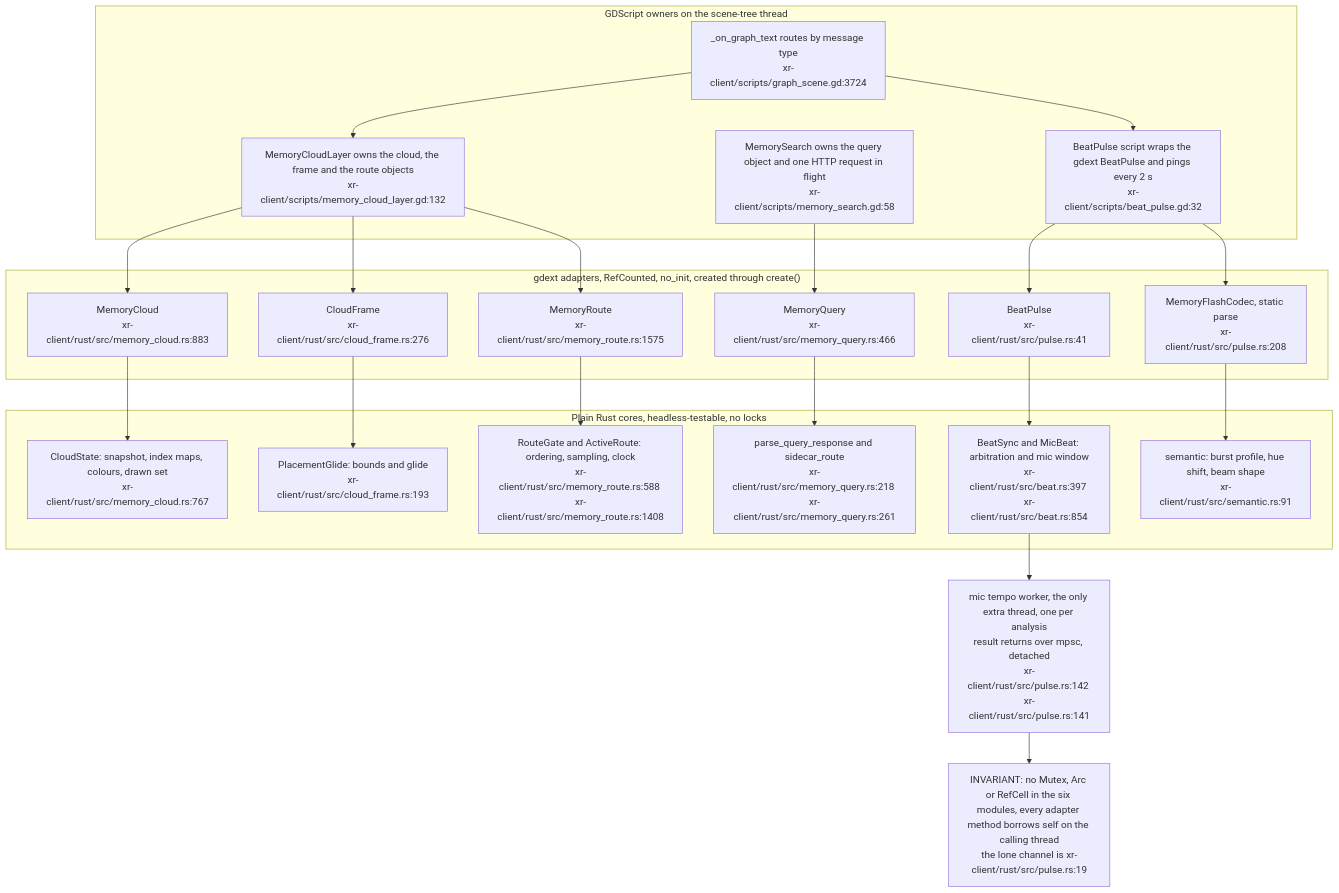
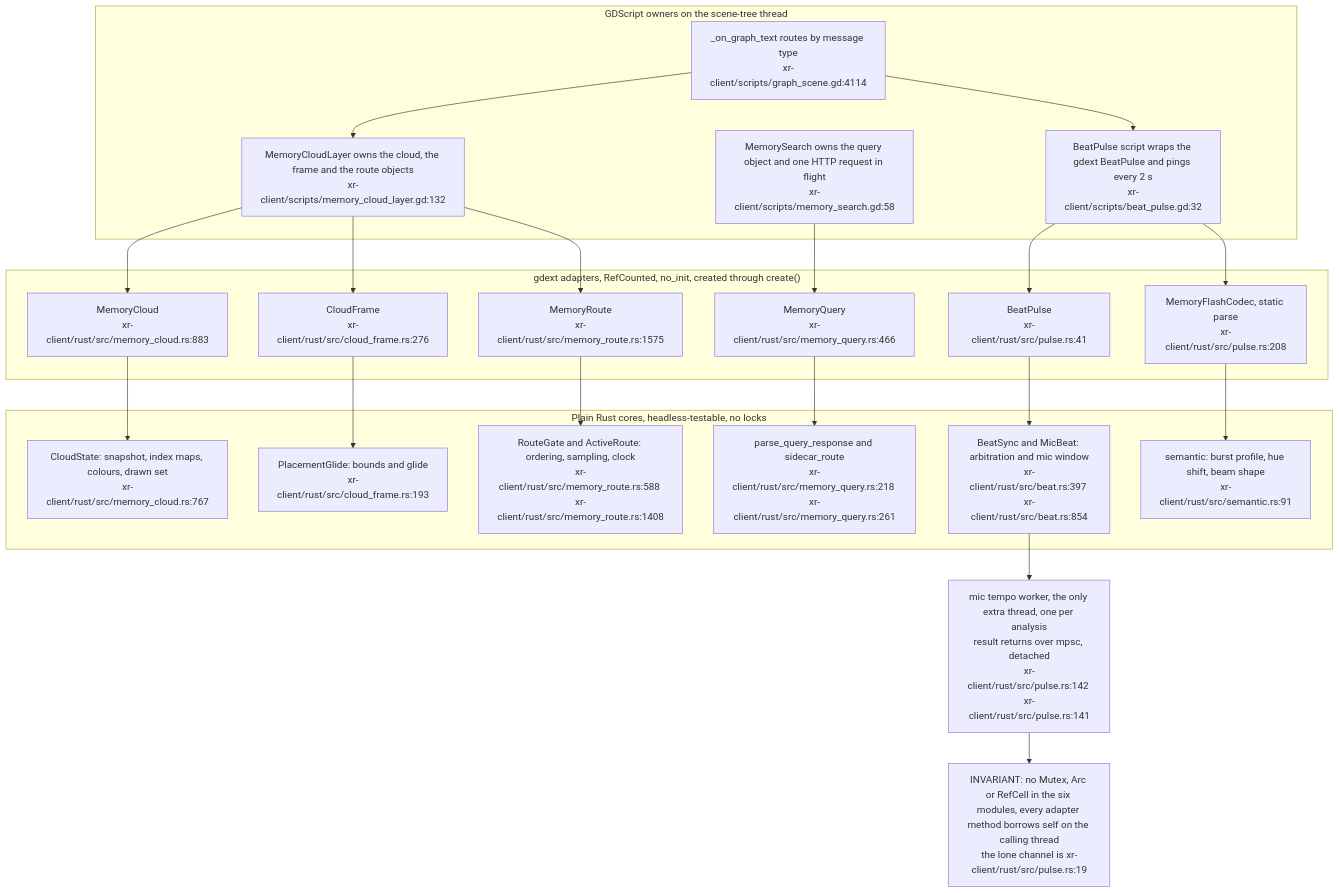
The first of 19 diagrams in docs/diagrams/visionclaw/38-xr-memory-cloud-internals.md (DreamLab-AI/VisionFlow), drawn with Mermaid before and after one commit. The commit also changed other lines of this file and 173 other files, not shown here.

````diff
--- a/docs/diagrams/visionclaw/38-xr-memory-cloud-internals.md
+++ b/docs/diagrams/visionclaw/38-xr-memory-cloud-internals.md
@@ -50,43 +50,43 @@
 ```mermaid
 flowchart TB
     subgraph gd["GDScript owners on the scene-tree thread"]
-        GS["_on_graph_text routes by message type<br/>xr-client/scripts/graph_scene.gd:3724"]
+        GS["_on_graph_text routes by message type<br/>xr-client/scripts/graph_scene.gd:4114"]
         LAYER["MemoryCloudLayer owns the cloud, the frame and the route objects<br/>xr-client/scripts/memory_cloud_layer.gd:132"]
         SEARCH["MemorySearch owns the query object and one HTTP request in flight<br/>xr-client/scripts/memory_search.gd:58"]
         BEATGD["BeatPulse script wraps the gdext BeatPulse and pings every 2 s<br/>xr-client/scripts/beat_pulse.gd:32"]
     end
     subgraph cls["gdext adapters, RefCounted, no_init, created through create()"]
         MC["MemoryCloud<br/>xr-client/rust/src/memory_cloud.rs:883"]
         CF["CloudFrame<br/>xr-client/rust/src/cloud_frame.rs:276"]
         MR["MemoryRoute<br/>xr-client/rust/src/memory_route.rs:1575"]
         MQ["MemoryQuery<br/>xr-client/rust/src/memory_query.rs:466"]
         BP["BeatPulse<br/>xr-client/rust/src/pulse.rs:41"]
         FC["MemoryFlashCodec, static parse<br/>xr-client/rust/src/pulse.rs:208"]
     end
     subgraph core["Plain Rust cores, headless-testable, no locks"]
         CS["CloudState: snapshot, index maps, colours, drawn set<br/>xr-client/rust/src/memory_cloud.rs:767"]
         PG["PlacementGlide: bounds and glide<br/>xr-client/rust/src/cloud_frame.rs:193"]
         RG["RouteGate and ActiveRoute: ordering, sampling, clock<br/>xr-client/rust/src/memory_route.rs:588 xr-client/rust/src/memory_route.rs:1408"]
         QA["parse_query_response and sidecar_route<br/>xr-client/rust/src/memory_query.rs:218 xr-client/rust/src/memory_query.rs:261"]
         BS["BeatSync and MicBeat: arbitration and mic window<br/>xr-client/rust/src/beat.rs:397 xr-client/rust/src/beat.rs:854"]
         SE["semantic: burst profile, hue shift, beam shape<br/>xr-client/rust/src/semantic.rs:91"]
     end
     WORKER["mic tempo worker, the only extra thread, one per analysis<br/>result returns over mpsc, detached<br/>xr-client/rust/src/pulse.rs:142 xr-client/rust/src/pulse.rs:141"]
     GS --> LAYER
     GS --> BEATGD
     LAYER --> MC
     LAYER --> CF
     LAYER --> MR
     SEARCH --> MQ
     BEATGD --> BP
     BEATGD --> FC
     MC --> CS
     CF --> PG
     MR --> RG
     MQ --> QA
     BP --> BS
     FC --> SE
     BS --> WORKER
     INV["INVARIANT: no Mutex, Arc or RefCell in the six modules, every adapter method borrows self on the calling thread<br/>the lone channel is xr-client/rust/src/pulse.rs:19"]
     WORKER --> INV
 ```
````
